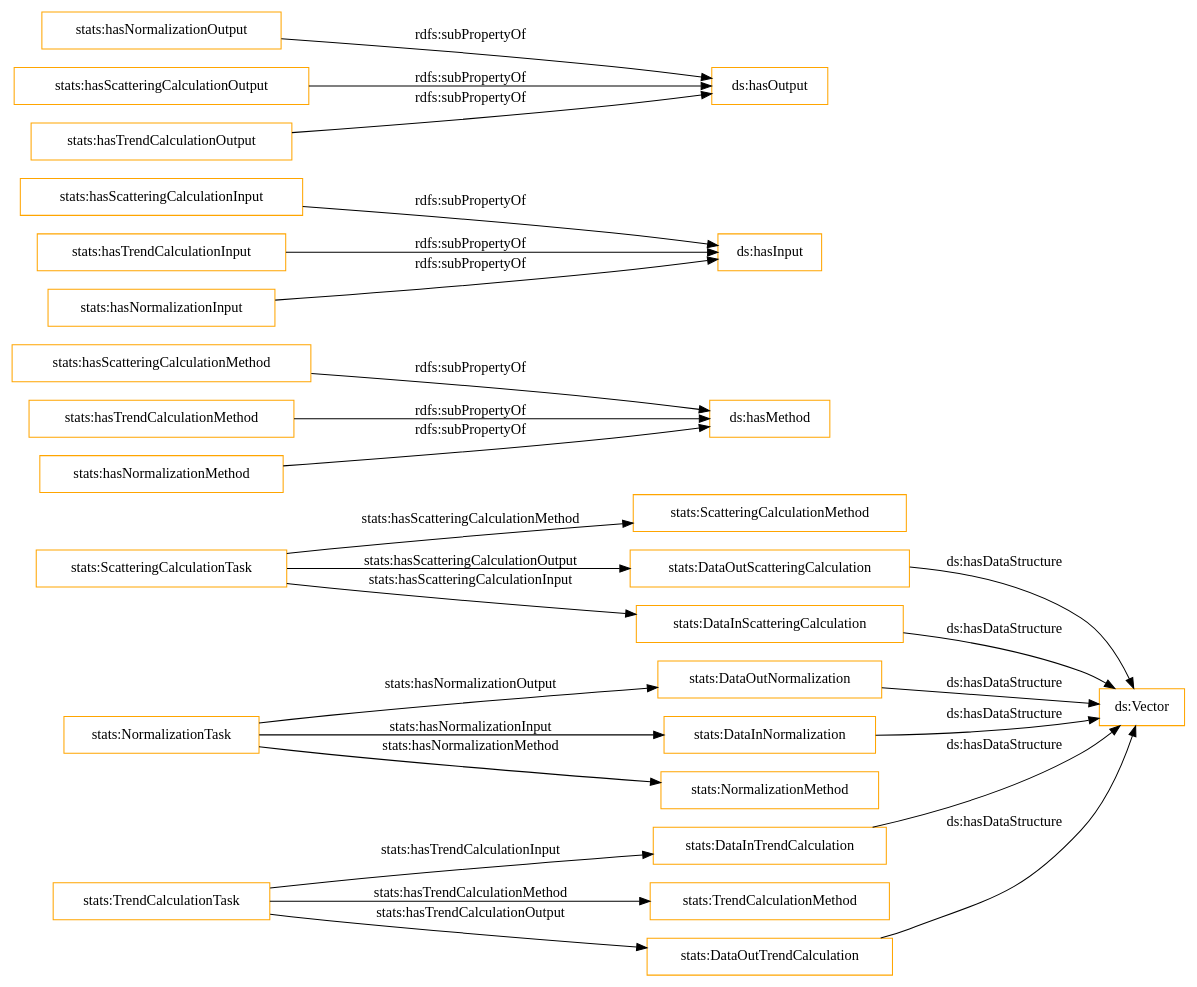
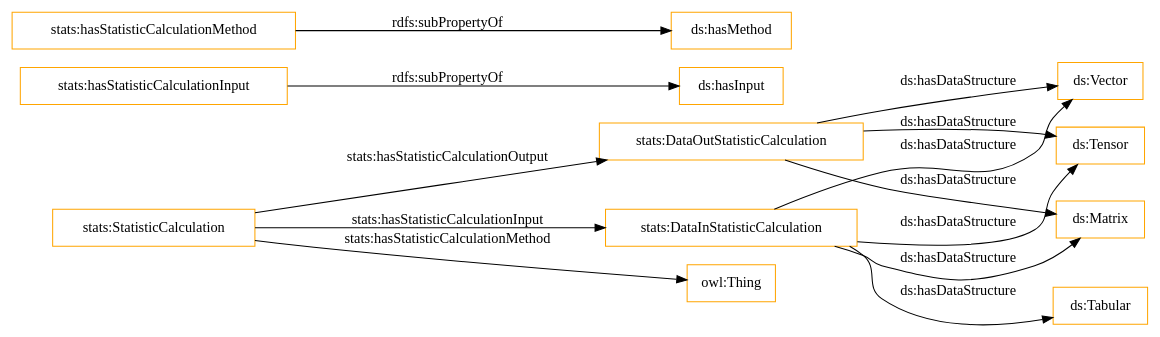
One commit to nsai-uio/ExeKGOntology changed the diagram in OnToology/stats_exeKGOntology.ttl/diagrams/ar2dtool-class/stats_exeKGOntology.ttl.png.dot. Above: the diagram before and after it, drawn with Graphviz. The commit also changed 63 other files, not shown here.

```diff
--- a/OnToology/stats_exeKGOntology.ttl/diagrams/ar2dtool-class/stats_exeKGOntology.ttl.png.dot
+++ b/OnToology/stats_exeKGOntology.ttl/diagrams/ar2dtool-class/stats_exeKGOntology.ttl.png.dot
@@ -1,30 +1,18 @@
 digraph ar2dtool_diagram { 
 rankdir=LR;
 size="1501"
-node [shape = rectangle, color="orange"]; "stats:ScatteringCalculationMethod" "stats:TrendCalculationTask" "stats:DataOutScatteringCalculation" "stats:NormalizationTask" "stats:DataOutNormalization" "stats:DataInTrendCalculation" "stats:DataInNormalization" "stats:DataInScatteringCalculation" "stats:NormalizationMethod" "stats:ScatteringCalculationTask" "stats:TrendCalculationMethod" "stats:DataOutTrendCalculation" ; /*classes style*/
-	"stats:hasScatteringCalculationMethod" -> "ds:hasMethod" [ label = "rdfs:subPropertyOf" ];
-	"stats:DataOutNormalization" -> "ds:Vector" [ label = "ds:hasDataStructure" ];
-	"stats:hasTrendCalculationMethod" -> "ds:hasMethod" [ label = "rdfs:subPropertyOf" ];
-	"stats:hasScatteringCalculationInput" -> "ds:hasInput" [ label = "rdfs:subPropertyOf" ];
-	"stats:hasTrendCalculationInput" -> "ds:hasInput" [ label = "rdfs:subPropertyOf" ];
-	"stats:DataInScatteringCalculation" -> "ds:Vector" [ label = "ds:hasDataStructure" ];
-	"stats:DataInNormalization" -> "ds:Vector" [ label = "ds:hasDataStructure" ];
-	"stats:DataInTrendCalculation" -> "ds:Vector" [ label = "ds:hasDataStructure" ];
-	"stats:hasNormalizationOutput" -> "ds:hasOutput" [ label = "rdfs:subPropertyOf" ];
-	"stats:DataOutScatteringCalculation" -> "ds:Vector" [ label = "ds:hasDataStructure" ];
-	"stats:hasNormalizationMethod" -> "ds:hasMethod" [ label = "rdfs:subPropertyOf" ];
-	"stats:hasNormalizationInput" -> "ds:hasInput" [ label = "rdfs:subPropertyOf" ];
-	"stats:hasScatteringCalculationOutput" -> "ds:hasOutput" [ label = "rdfs:subPropertyOf" ];
-	"stats:DataOutTrendCalculation" -> "ds:Vector" [ label = "ds:hasDataStructure" ];
-	"stats:hasTrendCalculationOutput" -> "ds:hasOutput" [ label = "rdfs:subPropertyOf" ];
-	"stats:TrendCalculationTask" -> "stats:TrendCalculationMethod" [ label = "stats:hasTrendCalculationMethod" ];
-	"stats:ScatteringCalculationTask" -> "stats:DataInScatteringCalculation" [ label = "stats:hasScatteringCalculationInput" ];
-	"stats:ScatteringCalculationTask" -> "stats:DataOutScatteringCalculation" [ label = "stats:hasScatteringCalculationOutput" ];
-	"stats:NormalizationTask" -> "stats:NormalizationMethod" [ label = "stats:hasNormalizationMethod" ];
-	"stats:ScatteringCalculationTask" -> "stats:ScatteringCalculationMethod" [ label = "stats:hasScatteringCalculationMethod" ];
-	"stats:NormalizationTask" -> "stats:DataInNormalization" [ label = "stats:hasNormalizationInput" ];
-	"stats:TrendCalculationTask" -> "stats:DataOutTrendCalculation" [ label = "stats:hasTrendCalculationOutput" ];
-	"stats:TrendCalculationTask" -> "stats:DataInTrendCalculation" [ label = "stats:hasTrendCalculationInput" ];
-	"stats:NormalizationTask" -> "stats:DataOutNormalization" [ label = "stats:hasNormalizationOutput" ];
+node [shape = rectangle, color="orange"]; "stats:DataOutStatisticCalculation" "stats:DataInStatisticCalculation" "stats:StatisticCalculation" ; /*classes style*/
+	"stats:hasStatisticCalculationInput" -> "ds:hasInput" [ label = "rdfs:subPropertyOf" ];
+	"stats:DataOutStatisticCalculation" -> "ds:Vector" [ label = "ds:hasDataStructure" ];
+	"stats:DataOutStatisticCalculation" -> "ds:Matrix" [ label = "ds:hasDataStructure" ];
+	"stats:DataOutStatisticCalculation" -> "ds:Tensor" [ label = "ds:hasDataStructure" ];
+	"stats:DataInStatisticCalculation" -> "ds:Tabular" [ label = "ds:hasDataStructure" ];
+	"stats:DataInStatisticCalculation" -> "ds:Vector" [ label = "ds:hasDataStructure" ];
+	"stats:DataInStatisticCalculation" -> "ds:Matrix" [ label = "ds:hasDataStructure" ];
+	"stats:DataInStatisticCalculation" -> "ds:Tensor" [ label = "ds:hasDataStructure" ];
+	"stats:hasStatisticCalculationMethod" -> "ds:hasMethod" [ label = "rdfs:subPropertyOf" ];
+	"stats:StatisticCalculation" -> "owl:Thing" [ label = "stats:hasStatisticCalculationMethod" ];
+	"stats:StatisticCalculation" -> "stats:DataOutStatisticCalculation" [ label = "stats:hasStatisticCalculationOutput" ];
+	"stats:StatisticCalculation" -> "stats:DataInStatisticCalculation" [ label = "stats:hasStatisticCalculationInput" ];
 
 }
```
